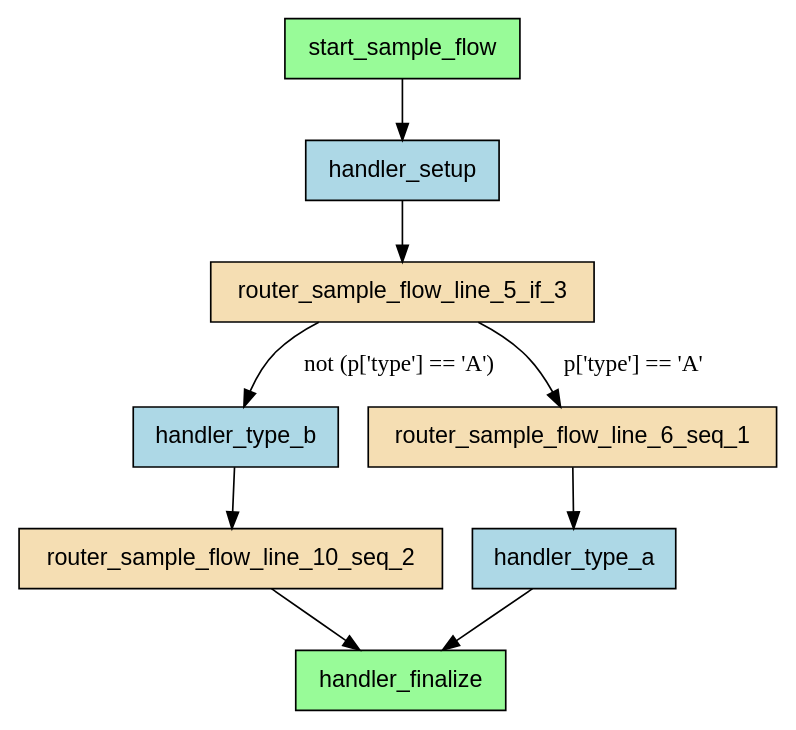
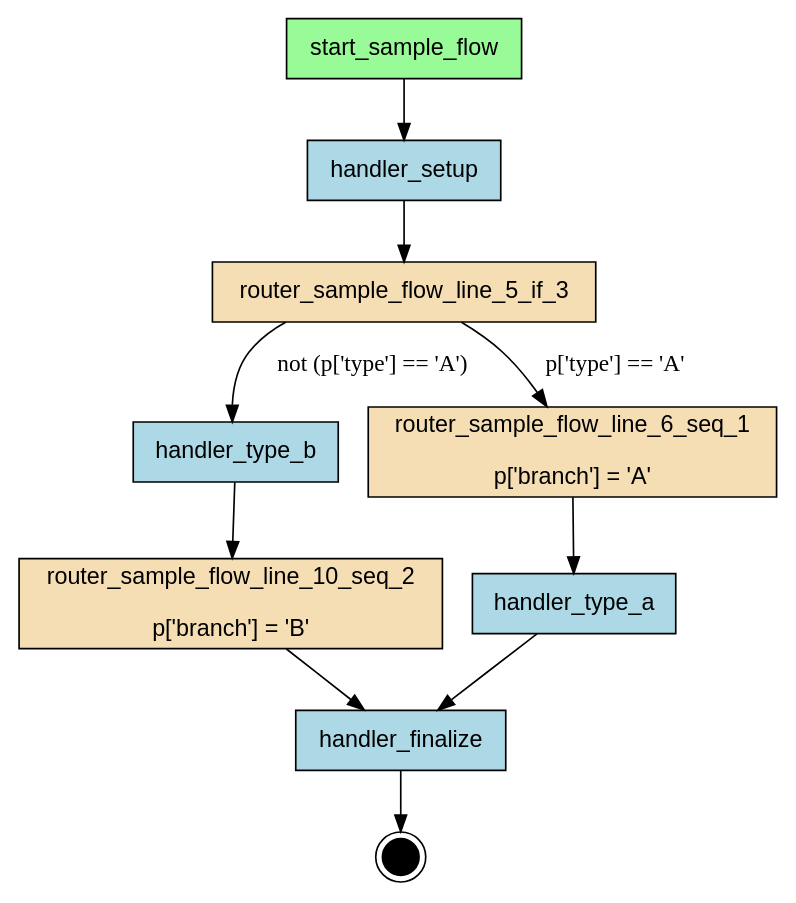
One commit to deliveryhero/asya changed the diagram in docs/img/flows/compiled/sample_flow/flow.dot. Above: the diagram before and after it, drawn with Graphviz. The commit also changed 335 other files, not shown here.

First line of the commit message:
chore: regenerate all compiled flow artifacts

```diff
--- a/docs/img/flows/compiled/sample_flow/flow.dot
+++ b/docs/img/flows/compiled/sample_flow/flow.dot
@@ -1,22 +1,27 @@
 digraph "sample_flow" {
     rankdir=TB;
     node [shape=box, style=filled, fontname="Helvetica"];
 
-    handler_finalize [label="handler_finalize", fillcolor=palegreen];
+    { rank=source; start_sample_flow; }
+
+    handler_finalize [label="handler_finalize", fillcolor=lightblue];
     handler_setup [label="handler_setup", fillcolor=lightblue];
     handler_type_a [label="handler_type_a", fillcolor=lightblue];
     handler_type_b [label="handler_type_b", fillcolor=lightblue];
-    router_sample_flow_line_10_seq_2 [label="router_sample_flow_line_10_seq_2", fillcolor=wheat];
+    router_sample_flow_line_10_seq_2 [label="router_sample_flow_line_10_seq_2\n\np['branch'] = 'B'", fillcolor=wheat];
     router_sample_flow_line_5_if_3 [label="router_sample_flow_line_5_if_3", fillcolor=wheat];
-    router_sample_flow_line_6_seq_1 [label="router_sample_flow_line_6_seq_1", fillcolor=wheat];
+    router_sample_flow_line_6_seq_1 [label="router_sample_flow_line_6_seq_1\n\np['branch'] = 'A'", fillcolor=wheat];
     start_sample_flow [label="start_sample_flow", fillcolor=palegreen];
+
+    __end__ [label="", shape=doublecircle, fillcolor=black, width=0.3, fixedsize=true];
 
     start_sample_flow -> handler_setup;
     handler_setup -> router_sample_flow_line_5_if_3;
     router_sample_flow_line_6_seq_1 -> handler_type_a;
     router_sample_flow_line_5_if_3 -> router_sample_flow_line_6_seq_1 [label="p['type'] == 'A'"];
     router_sample_flow_line_5_if_3 -> handler_type_b [label="not (p['type'] == 'A')"];
     handler_type_b -> router_sample_flow_line_10_seq_2;
     router_sample_flow_line_10_seq_2 -> handler_finalize;
     handler_type_a -> handler_finalize;
+    handler_finalize -> __end__;
 }
```
